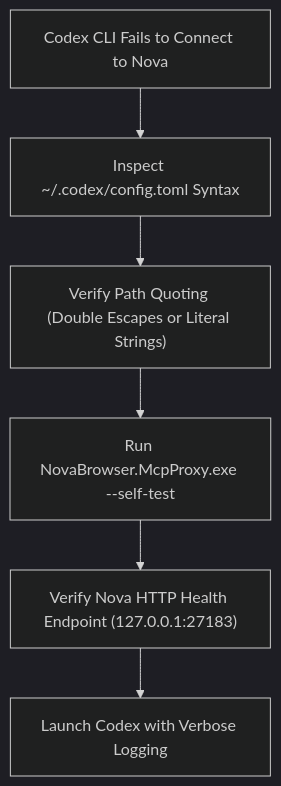
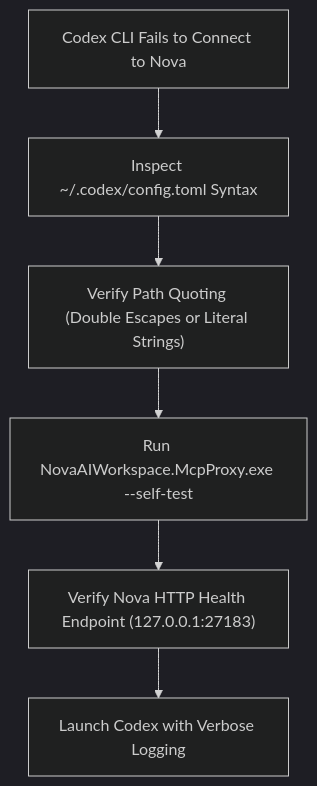
One commit to joelaniol/nova changed the diagram in docs/troubleshooting/openai-codex.md. Above: the diagram before and after it, drawn with Mermaid (dark theme). The commit also changed other lines of this file and 58 other files, not shown here.

Commit message:
docs: run_rows tools, fastlane memory tools, NovaAIWorkspace helper names

````diff
--- a/docs/troubleshooting/openai-codex.md
+++ b/docs/troubleshooting/openai-codex.md
@@ -12,8 +12,8 @@
 ```mermaid
 flowchart TD
     Issue["Codex CLI Fails to Connect to Nova"] --> CheckTOML["Inspect ~/.codex/config.toml Syntax"]
     CheckTOML --> PathCheck["Verify Path Quoting (Double Escapes or Literal Strings)"]
-    PathCheck --> TestProxy["Run NovaBrowser.McpProxy.exe --self-test"]
+    PathCheck --> TestProxy["Run NovaAIWorkspace.McpProxy.exe --self-test"]
     TestProxy --> TestHealth["Verify Nova HTTP Health Endpoint (127.0.0.1:27183)"]
     TestHealth --> RunCodex["Launch Codex with Verbose Logging"]
 ```
````
